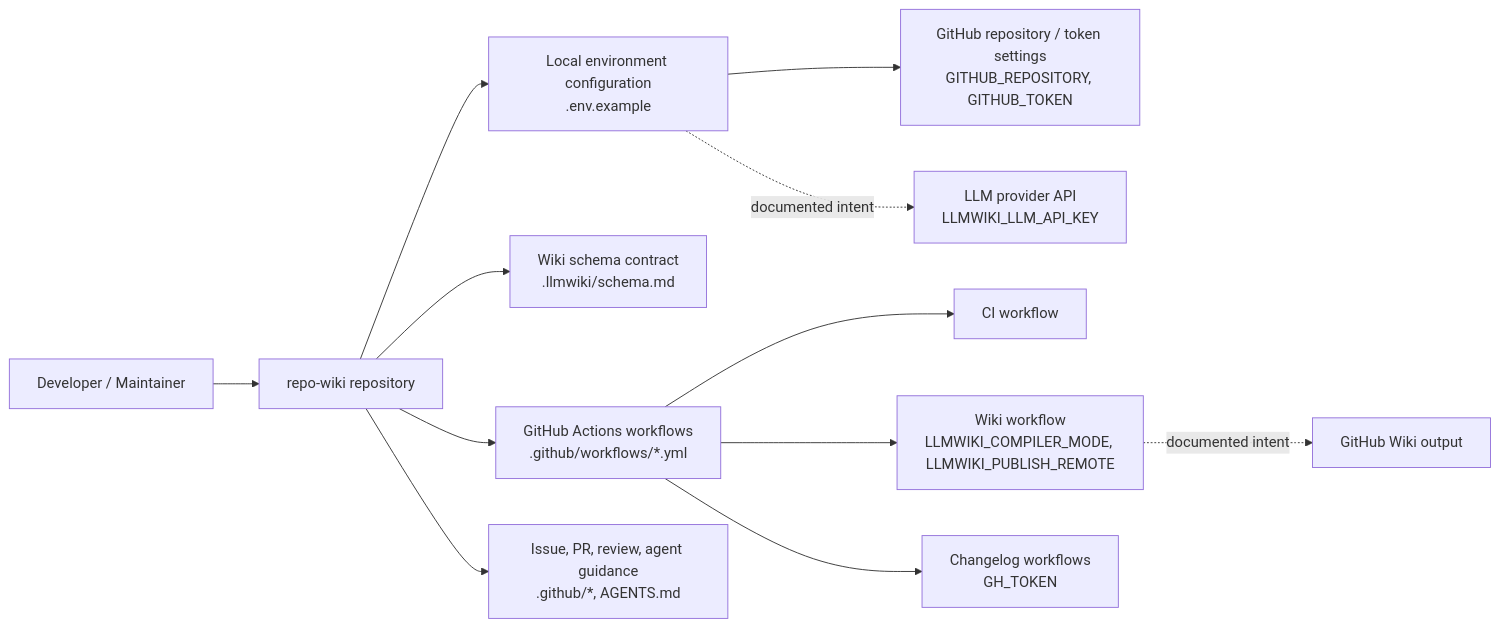
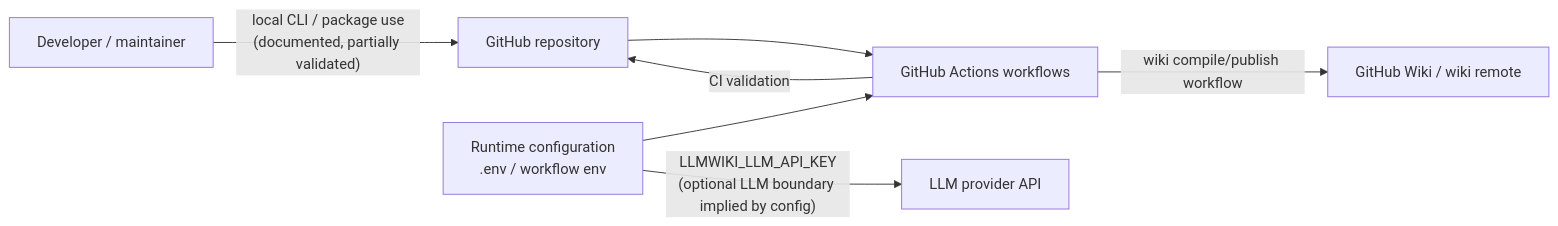
Before and after one commit to mfittko/repo-wiki: the first of 3 diagrams in Architecture.md, drawn with Mermaid. The commit also changed other lines of this file and 43 other files, not shown here.

Commit message:
Compile repository wiki 2026-05-14T01:22:03.531Z

````diff
--- a/Architecture.md
+++ b/Architecture.md
@@ -55,18 +37,16 @@
 ```mermaid
 flowchart LR
-    User["Developer / Maintainer"] --> Repo["repo-wiki repository"]
+    User["Developer / maintainer"]
+    GitHubRepo["GitHub repository"]
+    GitHubActions["GitHub Actions workflows"]
+    Wiki["GitHub Wiki / wiki remote"]
+    LLM["LLM provider API"]
+    Env["Runtime configuration<br/>.env / workflow env"]
 
-    Repo --> Env["Local environment configuration<br/>.env.example"]
-    Repo --> Schema["Wiki schema contract<br/>.llmwiki/schema.md"]
-    Repo --> Workflows["GitHub Actions workflows<br/>.github/workflows/*.yml"]
-    Repo --> Governance["Issue, PR, review, agent guidance<br/>.github/*, AGENTS.md"]
-
-    Env --> GitHubRepo["GitHub repository / token settings<br/>GITHUB_REPOSITORY, GITHUB_TOKEN"]
-    Env -. documented intent .-> LLM["LLM provider API<br/>LLMWIKI_LLM_API_KEY"]
-
-    Workflows --> CI["CI workflow"]
-    Workflows --> WikiAutomation["Wiki workflow<br/>LLMWIKI_COMPILER_MODE, LLMWIKI_PUBLISH_REMOTE"]
-    Workflows --> ChangelogAutomation["Changelog workflows<br/>GH_TOKEN"]
-
-    WikiAutomation -. documented intent .-> GitHubWiki["GitHub Wiki output"]
+    User -->|"local CLI / package use<br/>(documented, partially validated)"| GitHubRepo
+    GitHubRepo --> GitHubActions
+    GitHubActions -->|"CI validation"| GitHubRepo
+    GitHubActions -->|"wiki compile/publish workflow"| Wiki
+    Env --> GitHubActions
+    Env -->|"LLMWIKI_LLM_API_KEY<br/>(optional LLM boundary implied by config)"| LLM
 ```
````
